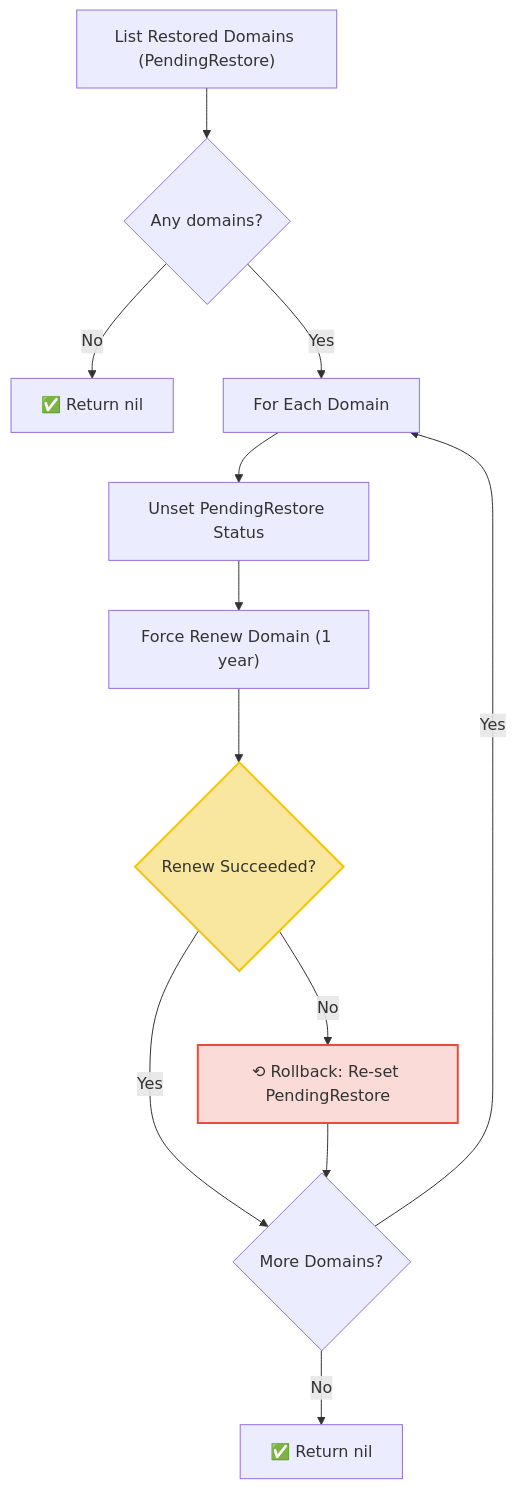
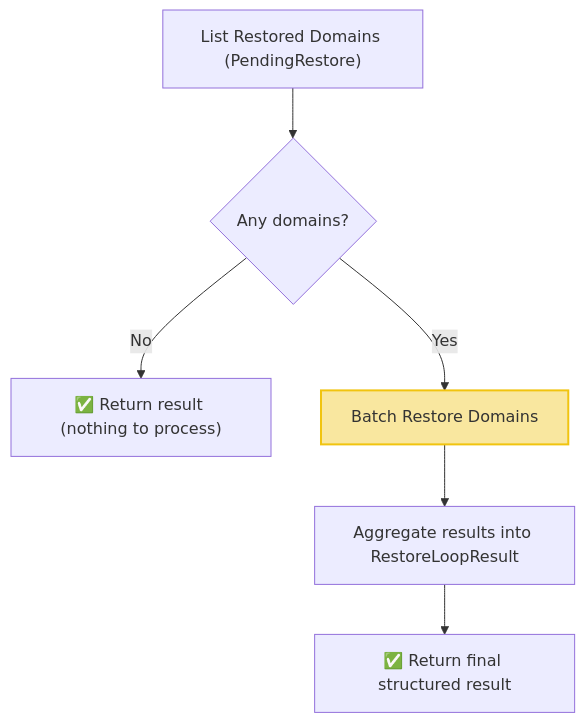
The diagram in internal/application/workflows/restoreWorkflow.doc.md (onasunnymorning/domain-os), drawn with Mermaid before and after one commit. The commit also changed other lines of this file and 66 other files, not shown here.

Commit message:
feat: integrate PostHog analytics and refactor RestoreWorkflow to support batch processing with real-time progress monitoring.

````diff
--- a/internal/application/workflows/restoreWorkflow.doc.md
+++ b/internal/application/workflows/restoreWorkflow.doc.md
@@ -19,17 +19,10 @@
 ```mermaid
 graph TD
     A["List Restored Domains (PendingRestore)"] --> B{"Any domains?"}
-    B -- No --> DONE1["✅ Return nil"]
-    B -- Yes --> C["For Each Domain"]
-    C --> D["Unset PendingRestore Status"]
-    D --> E["Force Renew Domain (1 year)"]
-    E --> F{"Renew Succeeded?"}
-    F -- Yes --> G{"More Domains?"}
-    F -- No --> H["⟲ Rollback: Re-set PendingRestore"]
-    H --> G
-    G -- Yes --> C
-    G -- No --> DONE2["✅ Return nil"]
+    B -- No --> DONE1["✅ Return result (nothing to process)"]
+    B -- Yes --> C["Batch Restore Domains"]
+    C --> D["Aggregate results into RestoreLoopResult"]
+    D --> DONE2["✅ Return final structured result"]
 
-    style H fill:#fadbd8,stroke:#e74c3c,stroke-width:2px
-    style F fill:#f9e79f,stroke:#f1c40f,stroke-width:2px
+    style C fill:#f9e79f,stroke:#f1c40f,stroke-width:2px
 ```
````
